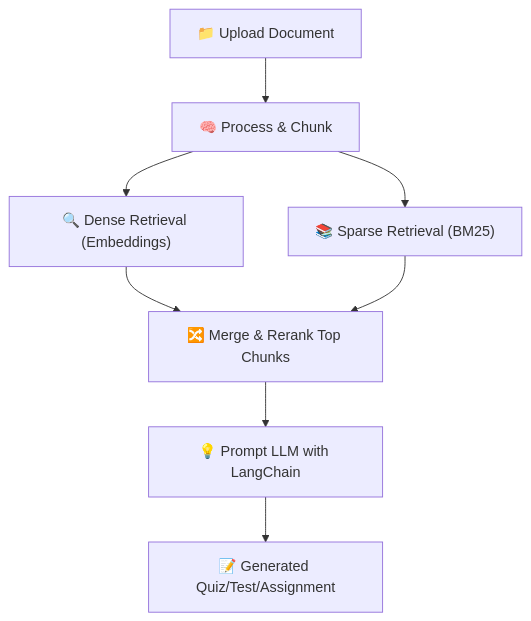
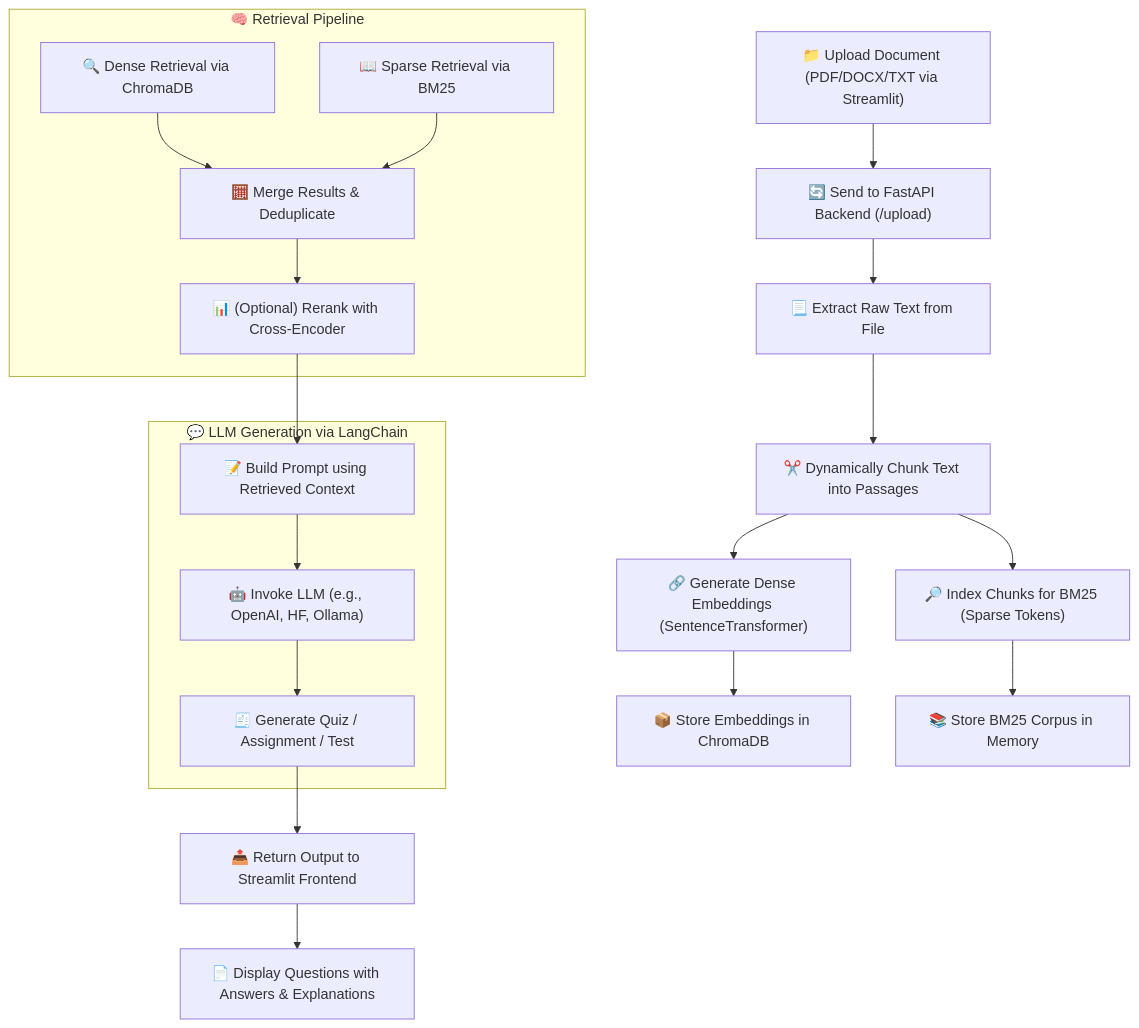
Before and after one commit to ravin1100/w5d3_Advanced_RAG_techniques: the diagram in q2/Automated_Quiz_Generator/README.md, drawn with Mermaid.

Commit message:
Automated Quiz Generator

````diff
--- a/q2/Automated_Quiz_Generator/README.md
+++ b/q2/Automated_Quiz_Generator/README.md
@@ -19,11 +19,29 @@
 ```mermaid
 graph TD
-    A["📁 Upload Document"] --> B["🧠 Process & Chunk"]
-    B --> C1["🔍 Dense Retrieval (Embeddings)"]
-    B --> C2["📚 Sparse Retrieval (BM25)"]
-    C1 --> D["🔀 Merge & Rerank Top Chunks"]
-    C2 --> D
-    D --> E["💡 Prompt LLM with LangChain"]
-    E --> F["📝 Generated Quiz/Test/Assignment"]
+    A["📁 Upload Document (PDF/DOCX/TXT via Streamlit)"] --> B["🔄 Send to FastAPI Backend (/upload)"]
+    B --> C["📃 Extract Raw Text from File"]
+    C --> D["✂️ Dynamically Chunk Text into Passages"]
+    D --> E1["🔗 Generate Dense Embeddings (SentenceTransformer)"]
+    D --> E2["🔎 Index Chunks for BM25 (Sparse Tokens)"]
+
+    E1 --> F1["📦 Store Embeddings in ChromaDB"]
+    E2 --> F2["📚 Store BM25 Corpus in Memory"]
+
+    subgraph "🧠 Retrieval Pipeline"
+        G1["🔍 Dense Retrieval via ChromaDB"]
+        G2["📖 Sparse Retrieval via BM25"]
+        G1 --> H["🧮 Merge Results & Deduplicate"]
+        G2 --> H
+        H --> I["📊 (Optional) Rerank with Cross-Encoder"]
+    end
+
+    subgraph "💬 LLM Generation via LangChain"
+        I --> J["📝 Build Prompt using Retrieved Context"]
+        J --> K["🤖 Invoke LLM (e.g., OpenAI, HF, Ollama)"]
+        K --> L["🧾 Generate Quiz / Assignment / Test"]
+    end
+
+    L --> M["📤 Return Output to Streamlit Frontend"]
+    M --> N["📄 Display Questions with Answers & Explanations"]
 
 ```
````
